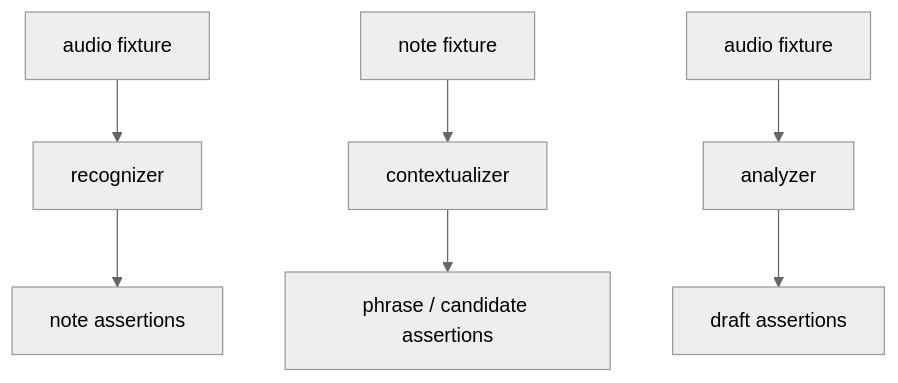
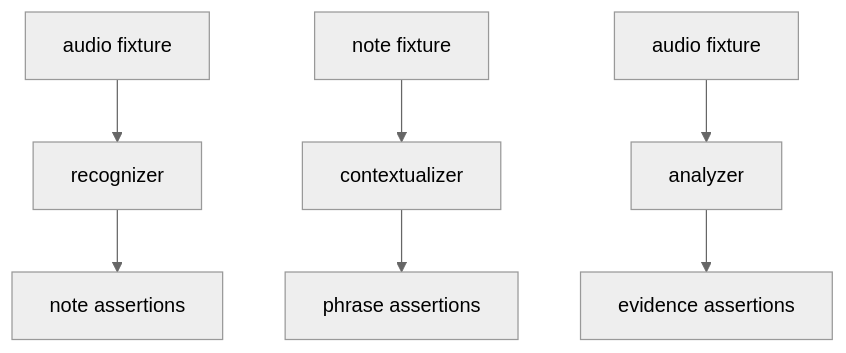
Before and after one commit to robertdyr/skales-v1: the sixth of 6 diagrams in docs/architecture/analyzer.md, drawn with Mermaid (neutral theme). The commit also changed other lines of this file and 34 other files, not shown here.

````diff
--- a/docs/architecture/analyzer.md
+++ b/docs/architecture/analyzer.md
@@ -167,6 +149,6 @@
 ```mermaid
 flowchart TD
     AudioFixture1["audio fixture"] --> RecognizerTest["recognizer"] --> NoteAssertions["note assertions"]
-    NoteFixture["note fixture"] --> ContextualizerTest["contextualizer"] --> PhraseAssertions["phrase / candidate assertions"]
-    AudioFixture2["audio fixture"] --> AnalyzerTest["analyzer"] --> DraftAssertions["draft assertions"]
+    NoteFixture["note fixture"] --> ContextualizerTest["contextualizer"] --> PhraseAssertions["phrase assertions"]
+    AudioFixture2["audio fixture"] --> AnalyzerTest["analyzer"] --> EvidenceAssertions["evidence assertions"]
 ```
````
